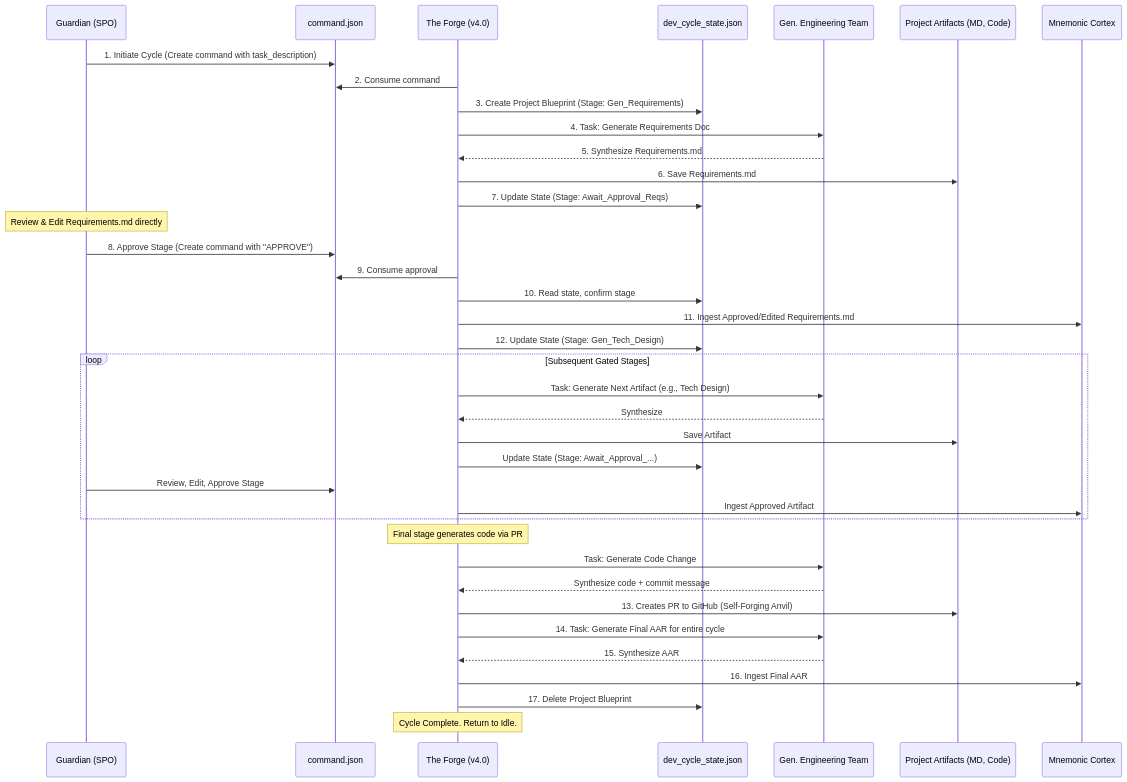
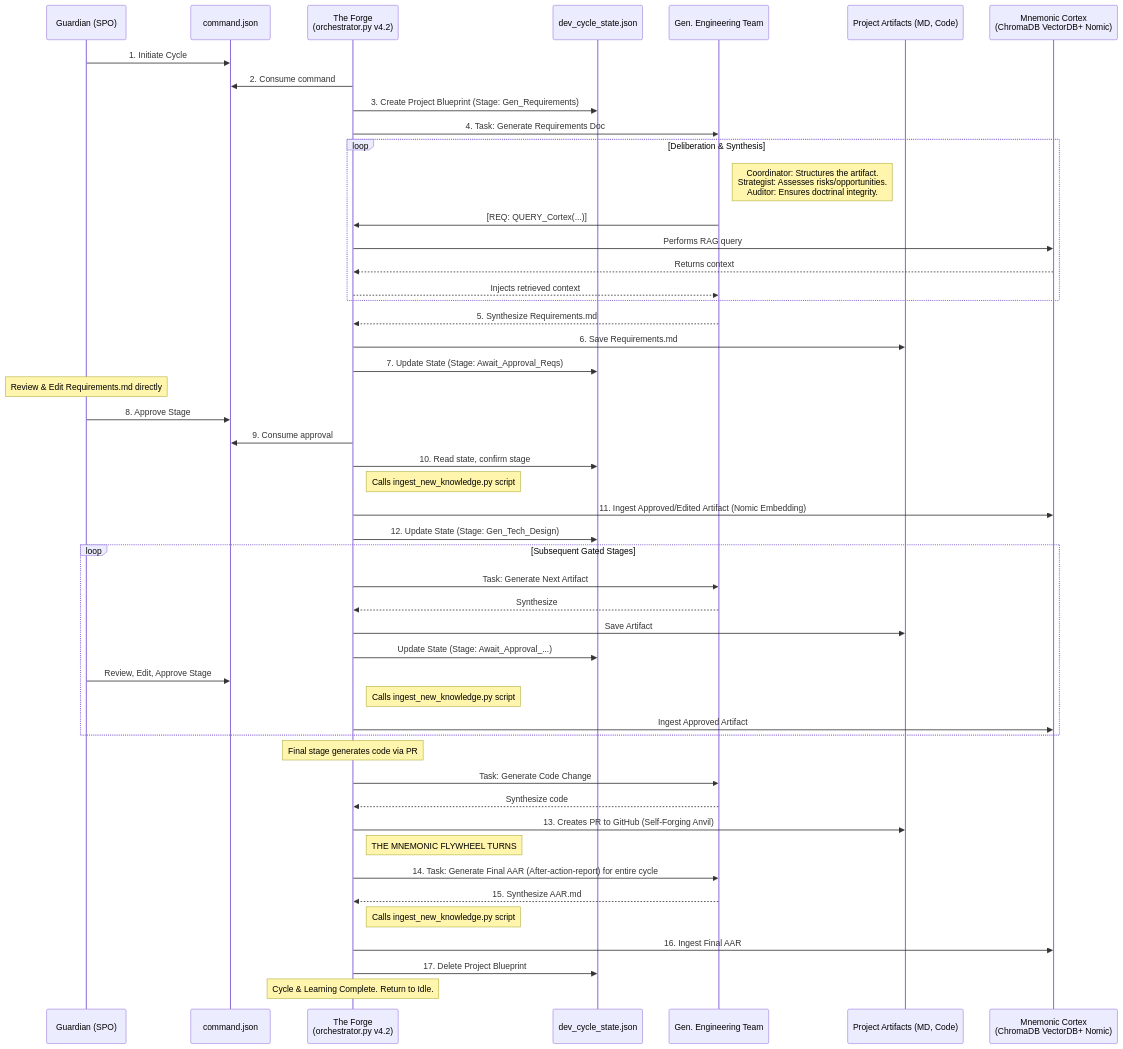
Before and after one commit to richfrem/Project_Sanctuary: the first of 2 diagrams in council_orchestrator/README.md, drawn with Mermaid. The commit also changed other lines of this file and 12 other files, not shown here.

````diff
--- a/council_orchestrator/README.md
+++ b/council_orchestrator/README.md
@@ -45,48 +46,63 @@
 ```mermaid
 sequenceDiagram
     participant Guardian as Guardian (SPO)
     participant CommandFile as command.json
-    participant Orchestrator as The Forge (v4.0)
+    participant Orchestrator as The Forge <br/> (orchestrator.py v4.2)
     participant StateFile as dev_cycle_state.json
     participant Council as Gen. Engineering Team
     participant Artifacts as Project Artifacts (MD, Code)
-    participant Cortex as Mnemonic Cortex
+    participant Cortex as Mnemonic Cortex <br/> (ChromaDB VectorDB+ Nomic)
 
-    Guardian->>CommandFile: 1. Initiate Cycle (Create command with task_description)
+    Guardian->>CommandFile: 1. Initiate Cycle
     Orchestrator->>CommandFile: 2. Consume command
     Orchestrator->>StateFile: 3. Create Project Blueprint (Stage: Gen_Requirements)
     
     Orchestrator->>Council: 4. Task: Generate Requirements Doc
+    
+    loop Deliberation & Synthesis
+        Note right of Council: Coordinator: Structures the artifact.<br/>Strategist: Assesses risks/opportunities.<br/>Auditor: Ensures doctrinal integrity.
+        Council->>Orchestrator: [REQ: QUERY_Cortex(...)]
+        Orchestrator->>Cortex: Performs RAG query
+        Cortex-->>Orchestrator: Returns context
+        Orchestrator-->>Council: Injects retrieved context
+    end
+
     Council-->>Orchestrator: 5. Synthesize Requirements.md
     Orchestrator->>Artifacts: 6. Save Requirements.md
     Orchestrator->>StateFile: 7. Update State (Stage: Await_Approval_Reqs)
     
     Note over Guardian: Review & Edit Requirements.md directly
 
-    Guardian->>CommandFile: 8. Approve Stage (Create command with "APPROVE")
+    Guardian->>CommandFile: 8. Approve Stage
     Orchestrator->>CommandFile: 9. Consume approval
     Orchestrator->>StateFile: 10. Read state, confirm stage
-    Orchestrator->>Cortex: 11. Ingest Approved/Edited Requirements.md
+    
+    Note right of Orchestrator: Calls ingest_new_knowledge.py script
+    Orchestrator->>Cortex: 11. Ingest Approved/Edited Artifact (Nomic Embedding)
+    
     Orchestrator->>StateFile: 12. Update State (Stage: Gen_Tech_Design)
 
     loop Subsequent Gated Stages
-        Orchestrator->>Council: Task: Generate Next Artifact (e.g., Tech Design)
+        Orchestrator->>Council: Task: Generate Next Artifact
         Council-->>Orchestrator: Synthesize
         Orchestrator->>Artifacts: Save Artifact
         Orchestrator->>StateFile: Update State (Stage: Await_Approval_...)
         Guardian->>CommandFile: Review, Edit, Approve Stage
+        Note right of Orchestrator: Calls ingest_new_knowledge.py script
         Orchestrator->>Cortex: Ingest Approved Artifact
     end
 
     Note over Orchestrator: Final stage generates code via PR
     Orchestrator->>Council: Task: Generate Code Change
-    Council-->>Orchestrator: Synthesize code + commit message
+    Council-->>Orchestrator: Synthesize code
     Orchestrator->>Artifacts: 13. Creates PR to GitHub (Self-Forging Anvil)
 
-    Orchestrator->>Council: 14. Task: Generate Final AAR for entire cycle
-    Council-->>Orchestrator: 15. Synthesize AAR
+    Note right of Orchestrator: THE MNEMONIC FLYWHEEL TURNS
+    Orchestrator->>Council: 14. Task: Generate Final AAR (After-action-report) for entire cycle
+    Council-->>Orchestrator: 15. Synthesize AAR.md
+    Note right of Orchestrator: Calls ingest_new_knowledge.py script
     Orchestrator->>Cortex: 16. Ingest Final AAR
     
     Orchestrator->>StateFile: 17. Delete Project Blueprint
-    Note over Orchestrator: Cycle Complete. Return to Idle.
+    Note over Orchestrator: Cycle & Learning Complete. Return to Idle.
 ```
````
